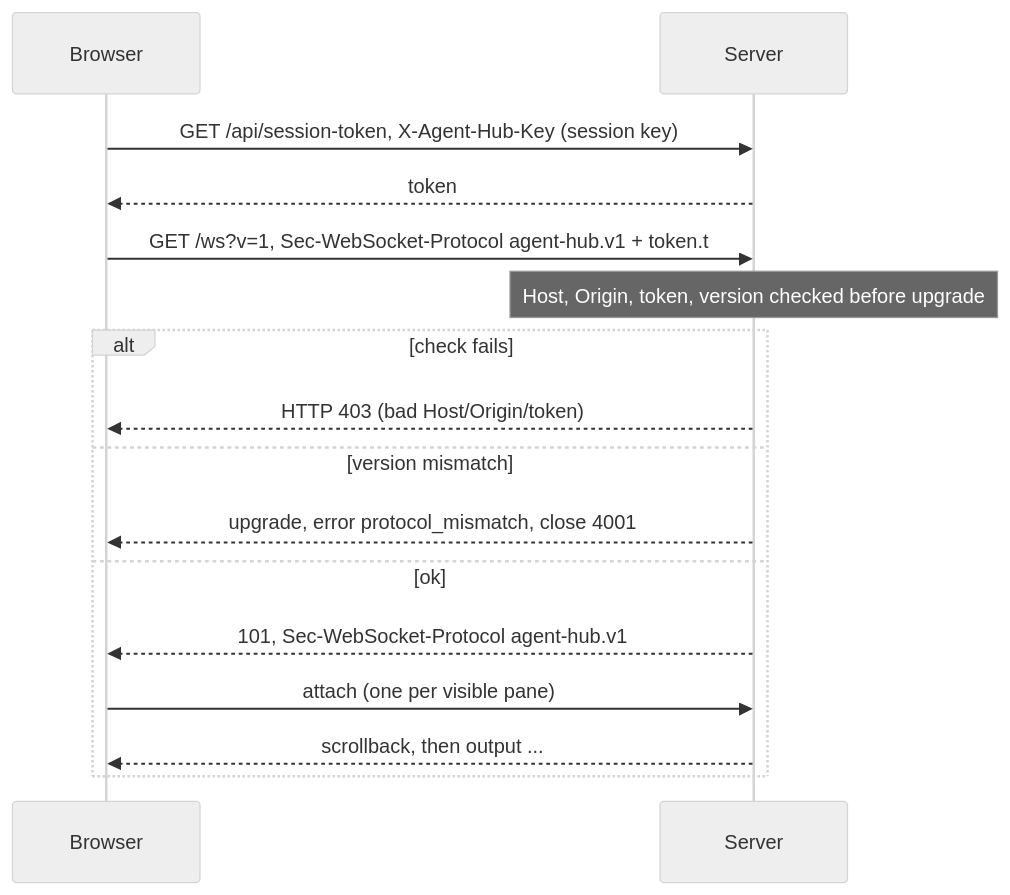
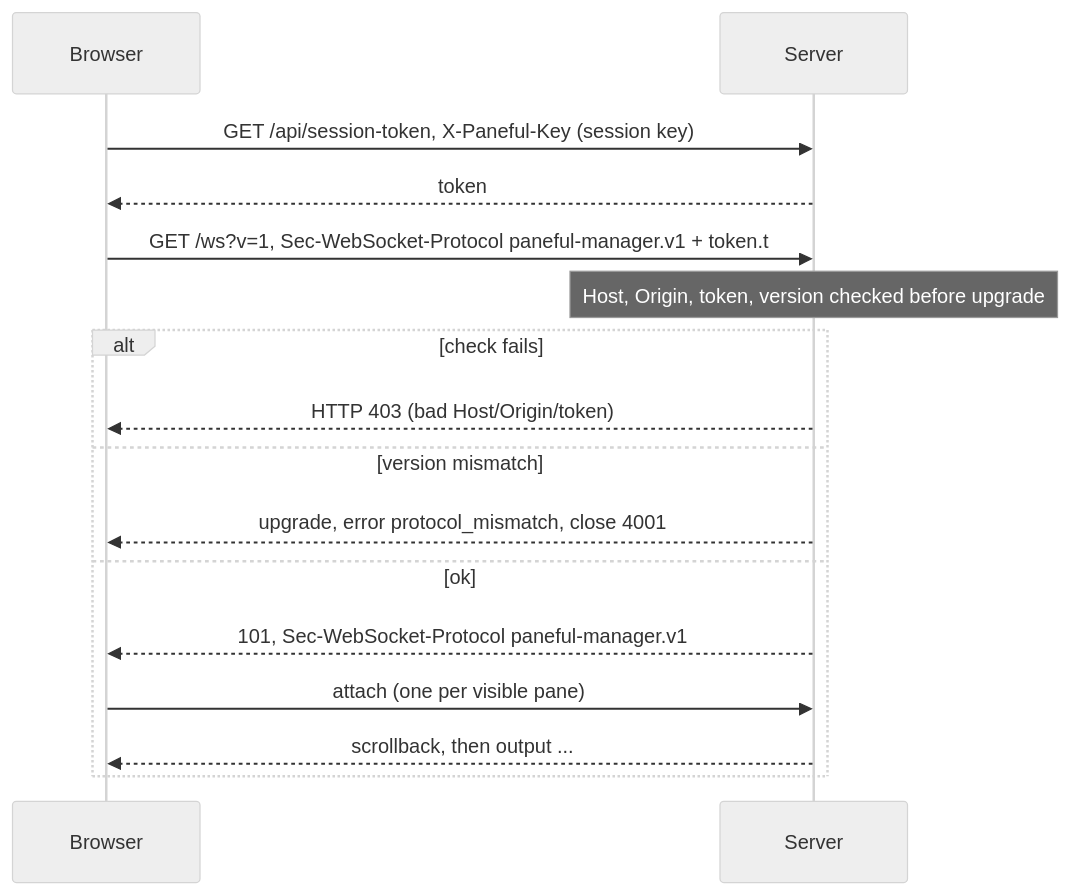
Before and after one commit to Dev-Sebi/Paneful-Manager: the third of 7 diagrams in docs/architecture.md, drawn with Mermaid (neutral theme). The commit also changed other lines of this file and 42 other files, not shown here.

Commit message:
refactor: renamed agent hub to paneful manager in the docs and examples @1m

````diff
--- a/docs/architecture.md
+++ b/docs/architecture.md
@@ -138,18 +138,18 @@
 ```mermaid
 sequenceDiagram
     participant C as Browser
     participant S as Server
-    C->>S: GET /api/session-token, X-Agent-Hub-Key (session key)
+    C->>S: GET /api/session-token, X-Paneful-Key (session key)
     S-->>C: token
-    C->>S: GET /ws?v=1, Sec-WebSocket-Protocol agent-hub.v1 + token.t
+    C->>S: GET /ws?v=1, Sec-WebSocket-Protocol paneful-manager.v1 + token.t
     Note over S: Host, Origin, token, version checked before upgrade
     alt check fails
         S-->>C: HTTP 403 (bad Host/Origin/token)
     else version mismatch
         S-->>C: upgrade, error protocol_mismatch, close 4001
     else ok
-        S-->>C: 101, Sec-WebSocket-Protocol agent-hub.v1
+        S-->>C: 101, Sec-WebSocket-Protocol paneful-manager.v1
         C->>S: attach (one per visible pane)
         S-->>C: scrollback, then output ...
     end
 ```
````
